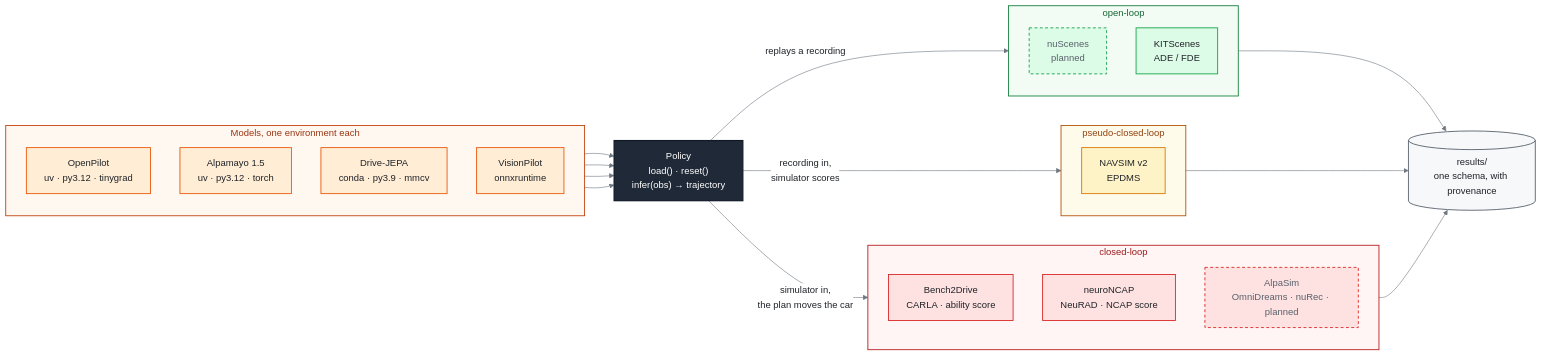
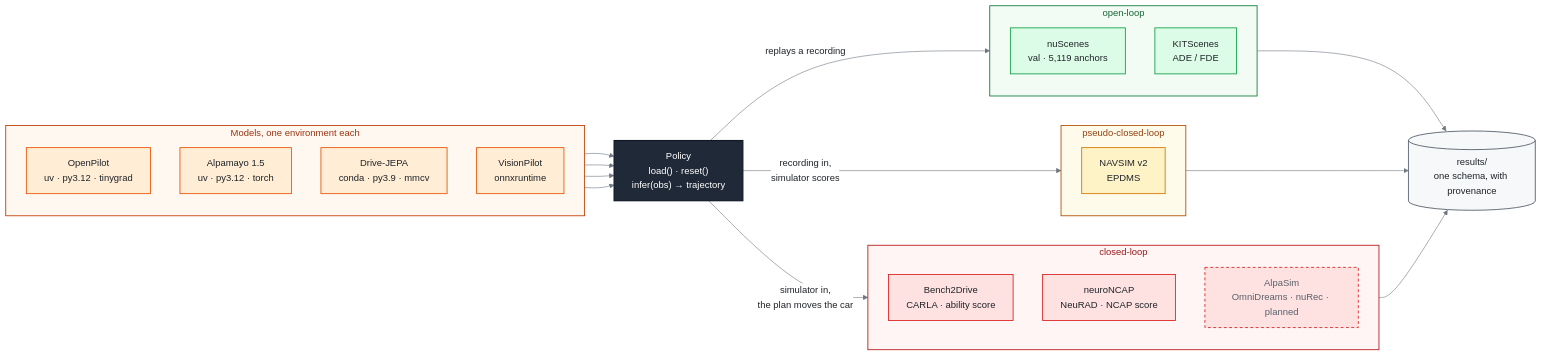
Before and after one commit to FastCodeAI/Paddock: the diagram in README.md, drawn with Mermaid. The commit also changed other lines of this file, not shown here.

Commit message:
docs: refresh nuScenes and Bench2Drive README results

````diff
--- a/README.md
+++ b/README.md
@@ -33,57 +33,57 @@
 ```mermaid
 %%{init: {"theme": "base", "themeVariables": {"primaryTextColor": "#1f2328", "lineColor": "#6e7781",
   "edgeLabelBackground": "#ffffff", "clusterBkg": "#ffffff", "clusterBorder": "#d0d7de"}}}%%
 flowchart LR
     subgraph models ["Models, one environment each"]
         direction TB
         op["OpenPilot<br/>uv · py3.12 · tinygrad"]
         al["Alpamayo 1.5<br/>uv · py3.12 · torch"]
         dj["Drive-JEPA<br/>conda · py3.9 · mmcv"]
         vp["VisionPilot<br/>onnxruntime"]
     end
 
     pol["Policy<br/>load() · reset()<br/>infer(obs) → trajectory"]
 
     subgraph open ["open-loop"]
         direction TB
-        ns["nuScenes<br/>planned"]
+        ns["nuScenes<br/>val · 5,119 anchors"]
         ks["KITScenes<br/>ADE / FDE"]
     end
     subgraph pseudo ["pseudo-closed-loop"]
         nv["NAVSIM v2<br/>EPDMS"]
     end
     subgraph closed ["closed-loop"]
         direction TB
         b2d["Bench2Drive<br/>CARLA · ability score"]
         nc["neuroNCAP<br/>NeuRAD · NCAP score"]
         alp["AlpaSim<br/>OmniDreams · nuRec · planned"]
     end
 
     res[("results/<br/>one schema, with provenance")]
 
     op & al & dj & vp --> pol
     pol -- "replays a recording" --> open
     pol -- "recording in,<br/>simulator scores" --> pseudo
     pol -- "simulator in,<br/>the plan moves the car" --> closed
     open & pseudo & closed --> res
 
     style models fill:#fff8f1,stroke:#c2410c,stroke-width:1.5px,color:#9a3412
     style open   fill:#f2fbf4,stroke:#15803d,stroke-width:1.5px,color:#166534
     style pseudo fill:#fffbeb,stroke:#b45309,stroke-width:1.5px,color:#92400e
     style closed fill:#fff5f5,stroke:#b91c1c,stroke-width:1.5px,color:#991b1b
 
     classDef model   fill:#ffedd5,stroke:#ea580c,stroke-width:1.5px,color:#1f2328
     classDef waist   fill:#1f2937,stroke:#111827,stroke-width:2px,color:#ffffff
     classDef ol      fill:#dcfce7,stroke:#16a34a,stroke-width:1.5px,color:#1f2328
     classDef pcl     fill:#fef3c7,stroke:#d97706,stroke-width:1.5px,color:#1f2328
     classDef cl      fill:#fee2e2,stroke:#dc2626,stroke-width:1.5px,color:#1f2328
     classDef planned stroke-dasharray:5 4,color:#57606a
     classDef store   fill:#f6f8fa,stroke:#57606a,stroke-width:1.5px,color:#1f2328
     class op,al,dj,vp model
     class pol waist
     class ns,ks ol
     class nv pcl
     class b2d,nc,alp cl
-    class ns,alp planned
+    class alp planned
     class res store
 ```
````
